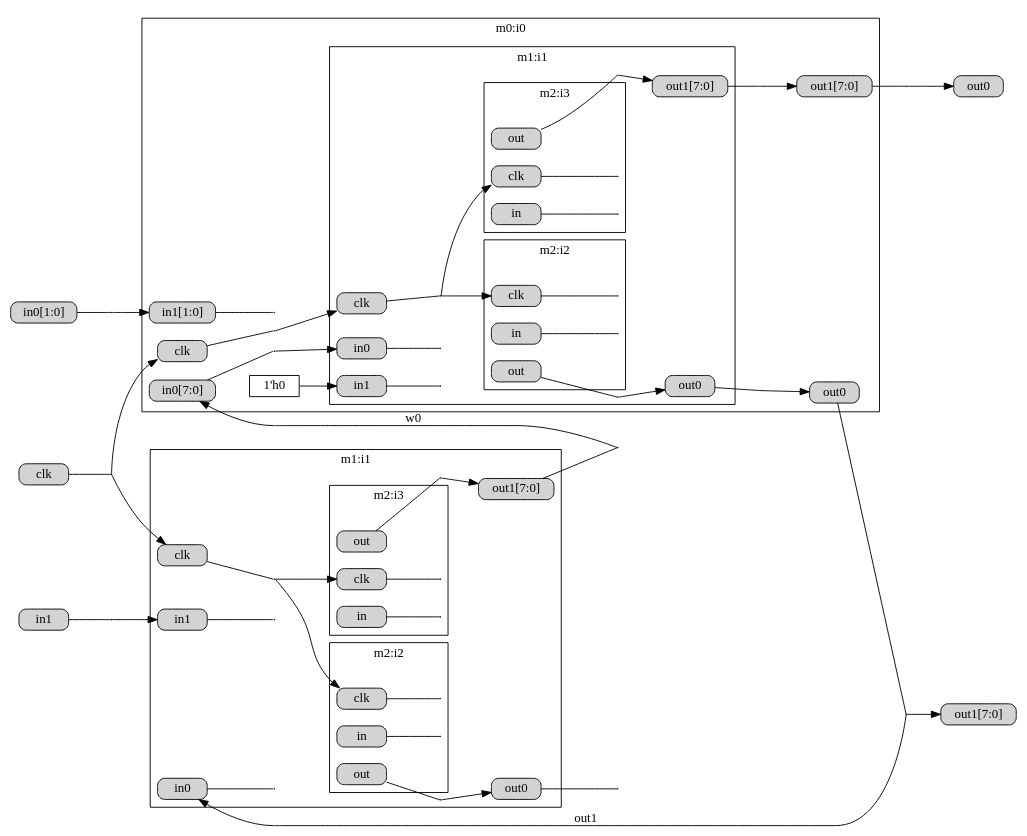
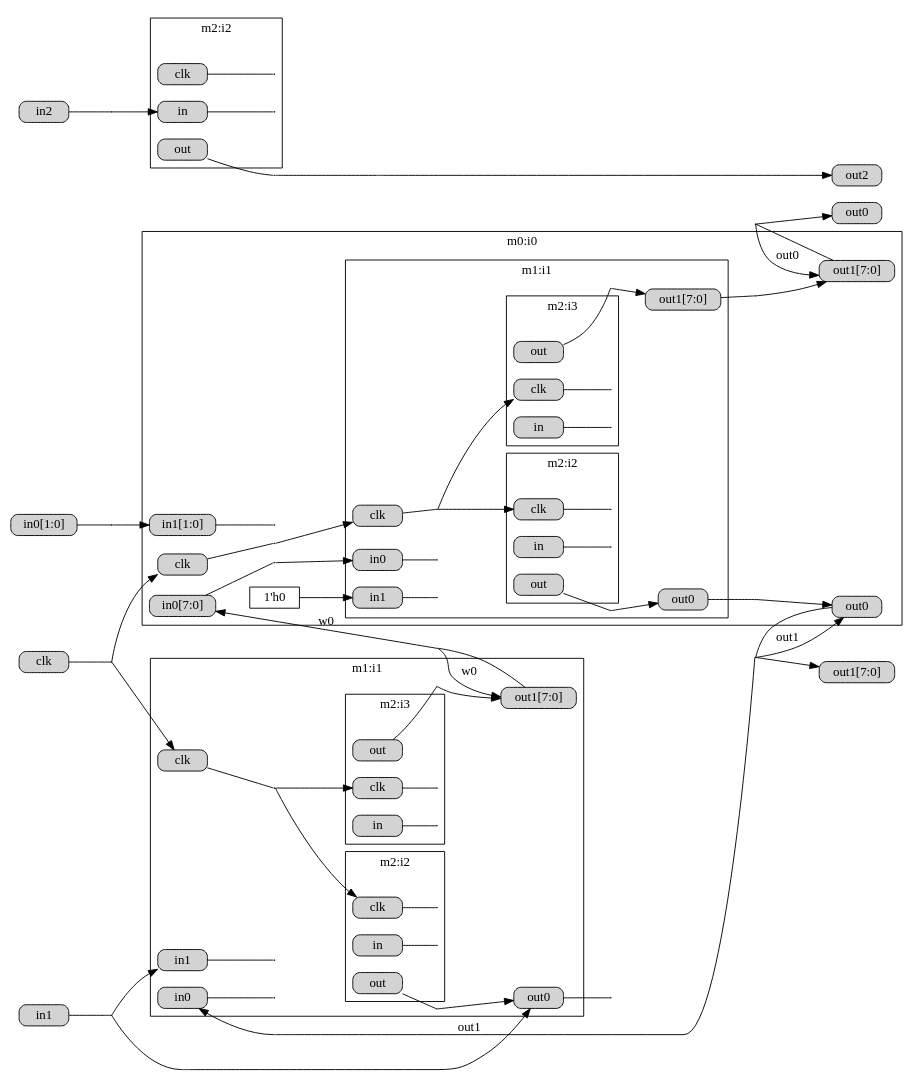
Before and after one commit to takata150802/netlistracer: the diagram in out.dot, drawn with Graphviz. The commit also changed 1 other file, not shown here.

Commit message:
[mod] add node's attr 'rank = min' @ topmodule.input

```diff
--- a/out.dot
+++ b/out.dot
@@ -1,153 +1,181 @@
 
 digraph {
     rankdir="LR";
     overlap = false;
     splines = true;
     node [shape = box, height=0.1];
     edge [labelfloat=false];
 
 subgraph cluster0 {
   graph [label = "m0:i0"];
 tmp0[width=0.0, height=0.0, shape=point];
 subgraph cluster1 {
   graph [label = "m1:i1"];
 tmp1[width=0.0, height=0.0, shape=point];
 subgraph cluster2 {
   graph [label = "m2:i2"];
 tmp2[width=0.0, height=0.0, shape=point];
 _i0_i1_i2_clk[label = "clk", style = "rounded,filled"];
 _i0_i1_i2_in[label = "in", style = "rounded,filled"];
 _i0_i1_i2_out[label = "out", style = "rounded,filled"];
 _i0_i1_i2_clk_input_br[width=0.01, height=0.01, shape=point];
 _i0_i1_i2_clk -> _i0_i1_i2_clk_input_br[dir = none];
 _i0_i1_i2_in_input_br[width=0.01, height=0.01, shape=point];
 _i0_i1_i2_in -> _i0_i1_i2_in_input_br[dir = none];
 }
 subgraph cluster3 {
   graph [label = "m2:i3"];
 tmp3[width=0.0, height=0.0, shape=point];
 _i0_i1_i3_clk[label = "clk", style = "rounded,filled"];
 _i0_i1_i3_in[label = "in", style = "rounded,filled"];
 _i0_i1_i3_out[label = "out", style = "rounded,filled"];
 _i0_i1_i3_clk_input_br[width=0.01, height=0.01, shape=point];
 _i0_i1_i3_clk -> _i0_i1_i3_clk_input_br[dir = none];
 _i0_i1_i3_in_input_br[width=0.01, height=0.01, shape=point];
 _i0_i1_i3_in -> _i0_i1_i3_in_input_br[dir = none];
 }
 _i0_i1_clk[label = "clk", style = "rounded,filled"];
 _i0_i1_in0[label = "in0", style = "rounded,filled"];
 _i0_i1_in1[label = "in1", style = "rounded,filled"];
 _i0_i1_out0[label = "out0", style = "rounded,filled"];
 _i0_i1_out1[label = "out1[7:0]", style = "rounded,filled"];
 _i0_i1_clk_input_br[width=0.01, height=0.01, shape=point];
 _i0_i1_clk -> _i0_i1_clk_input_br[dir = none];
 _i0_i1_in0_input_br[width=0.01, height=0.01, shape=point];
 _i0_i1_in0 -> _i0_i1_in0_input_br[dir = none];
 _i0_i1_in1_input_br[width=0.01, height=0.01, shape=point];
 _i0_i1_in1 -> _i0_i1_in1_input_br[dir = none];
 _i0_i1_i2_out_output_br[width=0.01, height=0.01, shape=point];
 _i0_i1_i2_out -> _i0_i1_i2_out_output_br[dir = none];
 _i0_i1_i2_out_output_br -> _i0_i1_out0[label = ""];
 _i0_i1_i3_out_output_br[width=0.01, height=0.01, shape=point];
 _i0_i1_i3_out -> _i0_i1_i3_out_output_br[dir = none];
 _i0_i1_i3_out_output_br -> _i0_i1_out1[label = ""];
 _i0_i1_clk_input_br -> _i0_i1_i2_clk[label = " "];
 _i0_i1_clk_input_br -> _i0_i1_i3_clk[label = " "];
 }
 _i0_clk[label = "clk", style = "rounded,filled"];
 _i0_in0[label = "in0[7:0]", style = "rounded,filled"];
 _i0_in1[label = "in1[1:0]", style = "rounded,filled"];
 _i0_out0[label = "out0", style = "rounded,filled"];
 _i0_out1[label = "out1[7:0]", style = "rounded,filled"];
 _i0_clk_input_br[width=0.01, height=0.01, shape=point];
 _i0_clk -> _i0_clk_input_br[dir = none];
 _i0_in0_input_br[width=0.01, height=0.01, shape=point];
 _i0_in0 -> _i0_in0_input_br[dir = none];
 _i0_in1_input_br[width=0.01, height=0.01, shape=point];
 _i0_in1 -> _i0_in1_input_br[dir = none];
 _i0_i1_out0_output_br[width=0.01, height=0.01, shape=point];
 _i0_i1_out0 -> _i0_i1_out0_output_br[dir = none];
 _i0_i1_out0_output_br -> _i0_out0[label = ""];
 _i0_i1_out1_output_br[width=0.01, height=0.01, shape=point];
 _i0_i1_out1 -> _i0_i1_out1_output_br[dir = none];
 _i0_i1_out1_output_br -> _i0_out1[label = ""];
 _i0_clk_input_br -> _i0_i1_clk[label = " "];
 _i0_in0_input_br -> _i0_i1_in0[label = " "];
 _i0_const_i1in1[label = "1'h0"];
 _i0_const_i1in1 -> _i0_i1_in1[label = " "];
 }
 subgraph cluster4 {
   graph [label = "m1:i1"];
 tmp4[width=0.0, height=0.0, shape=point];
 subgraph cluster5 {
   graph [label = "m2:i2"];
 tmp5[width=0.0, height=0.0, shape=point];
 _i1_i2_clk[label = "clk", style = "rounded,filled"];
 _i1_i2_in[label = "in", style = "rounded,filled"];
 _i1_i2_out[label = "out", style = "rounded,filled"];
 _i1_i2_clk_input_br[width=0.01, height=0.01, shape=point];
 _i1_i2_clk -> _i1_i2_clk_input_br[dir = none];
 _i1_i2_in_input_br[width=0.01, height=0.01, shape=point];
 _i1_i2_in -> _i1_i2_in_input_br[dir = none];
 }
 subgraph cluster6 {
   graph [label = "m2:i3"];
 tmp6[width=0.0, height=0.0, shape=point];
 _i1_i3_clk[label = "clk", style = "rounded,filled"];
 _i1_i3_in[label = "in", style = "rounded,filled"];
 _i1_i3_out[label = "out", style = "rounded,filled"];
 _i1_i3_clk_input_br[width=0.01, height=0.01, shape=point];
 _i1_i3_clk -> _i1_i3_clk_input_br[dir = none];
 _i1_i3_in_input_br[width=0.01, height=0.01, shape=point];
 _i1_i3_in -> _i1_i3_in_input_br[dir = none];
 }
 _i1_clk[label = "clk", style = "rounded,filled"];
 _i1_in0[label = "in0", style = "rounded,filled"];
 _i1_in1[label = "in1", style = "rounded,filled"];
 _i1_out0[label = "out0", style = "rounded,filled"];
 _i1_out1[label = "out1[7:0]", style = "rounded,filled"];
 _i1_clk_input_br[width=0.01, height=0.01, shape=point];
 _i1_clk -> _i1_clk_input_br[dir = none];
 _i1_in0_input_br[width=0.01, height=0.01, shape=point];
 _i1_in0 -> _i1_in0_input_br[dir = none];
 _i1_in1_input_br[width=0.01, height=0.01, shape=point];
 _i1_in1 -> _i1_in1_input_br[dir = none];
 _i1_i2_out_output_br[width=0.01, height=0.01, shape=point];
 _i1_i2_out -> _i1_i2_out_output_br[dir = none];
 _i1_i2_out_output_br -> _i1_out0[label = ""];
 _i1_i3_out_output_br[width=0.01, height=0.01, shape=point];
 _i1_i3_out -> _i1_i3_out_output_br[dir = none];
 _i1_i3_out_output_br -> _i1_out1[label = ""];
 _i1_clk_input_br -> _i1_i2_clk[label = " "];
 _i1_clk_input_br -> _i1_i3_clk[label = " "];
 }
+subgraph cluster7 {
+  graph [label = "m2:i2"];
+tmp7[width=0.0, height=0.0, shape=point];
+_i2_clk[label = "clk", style = "rounded,filled"];
+_i2_in[label = "in", style = "rounded,filled"];
+_i2_out[label = "out", style = "rounded,filled"];
+_i2_clk_input_br[width=0.01, height=0.01, shape=point];
+_i2_clk -> _i2_clk_input_br[dir = none];
+_i2_in_input_br[width=0.01, height=0.01, shape=point];
+_i2_in -> _i2_in_input_br[dir = none];
+}
 _clk[label = "clk", style = "rounded,filled"];
 _in0[label = "in0[1:0]", style = "rounded,filled"];
 _in1[label = "in1", style = "rounded,filled"];
+_in2[label = "in2", style = "rounded,filled"];
 _out0[label = "out0", style = "rounded,filled"];
 _out1[label = "out1[7:0]", style = "rounded,filled"];
+_out2[label = "out2", style = "rounded,filled"];
 _clk_input_br[width=0.01, height=0.01, shape=point];
 _clk -> _clk_input_br[dir = none];
 _in0_input_br[width=0.01, height=0.01, shape=point];
 _in0 -> _in0_input_br[dir = none];
 _in1_input_br[width=0.01, height=0.01, shape=point];
 _in1 -> _in1_input_br[dir = none];
+_in2_input_br[width=0.01, height=0.01, shape=point];
+_in2 -> _in2_input_br[dir = none];
 _i0_out0_output_br[width=0.01, height=0.01, shape=point];
 _i0_out0 -> _i0_out0_output_br[dir = none];
 _i0_out0_output_br -> _out1[label = ""];
 _i0_out1_output_br[width=0.01, height=0.01, shape=point];
 _i0_out1 -> _i0_out1_output_br[dir = none];
 _i0_out1_output_br -> _out0[label = ""];
 _i1_out0_output_br[width=0.01, height=0.01, shape=point];
 _i1_out0 -> _i1_out0_output_br[dir = none];
 _i1_out1_output_br[width=0.01, height=0.01, shape=point];
 _i1_out1 -> _i1_out1_output_br[dir = none];
+_i2_out_output_br[width=0.01, height=0.01, shape=point];
+_i2_out -> _i2_out_output_br[dir = none];
+_i2_out_output_br -> _out2[label = ""];
 _clk_input_br -> _i0_clk[label = " "];
 _i1_out1_output_br -> _i0_in0[label = "w0"];
 _in0_input_br -> _i0_in1[label = " "];
+_i0_out0_output_br -> _i0_out0[label = "out1"];
+_i0_out1_output_br -> _i0_out1[label = "out0"];
 _clk_input_br -> _i1_clk[label = " "];
 _i0_out0_output_br -> _i1_in0[label = "out1"];
 _in1_input_br -> _i1_in1[label = " "];
+_in1_input_br -> _i1_out0[label = " "];
+_i1_out1_output_br -> _i1_out1[label = "w0"];
+_in2_input_br -> _i2_in[label = " "];
+{rank = min; _clk;}
+{rank = min; _in0;}
+{rank = min; _in1;}
+{rank = min; _in2;}
 {rank = max; _out0;}
 {rank = max; _out1;}
+{rank = max; _out2;}
 }
```
